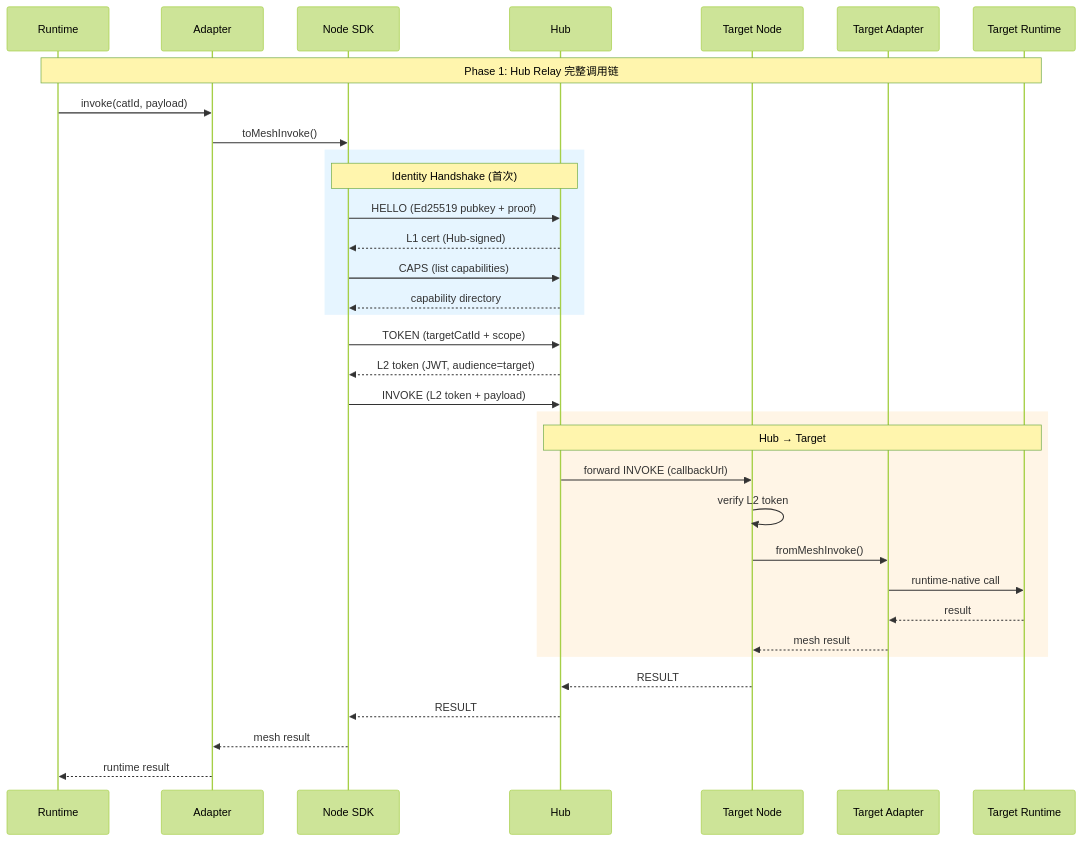
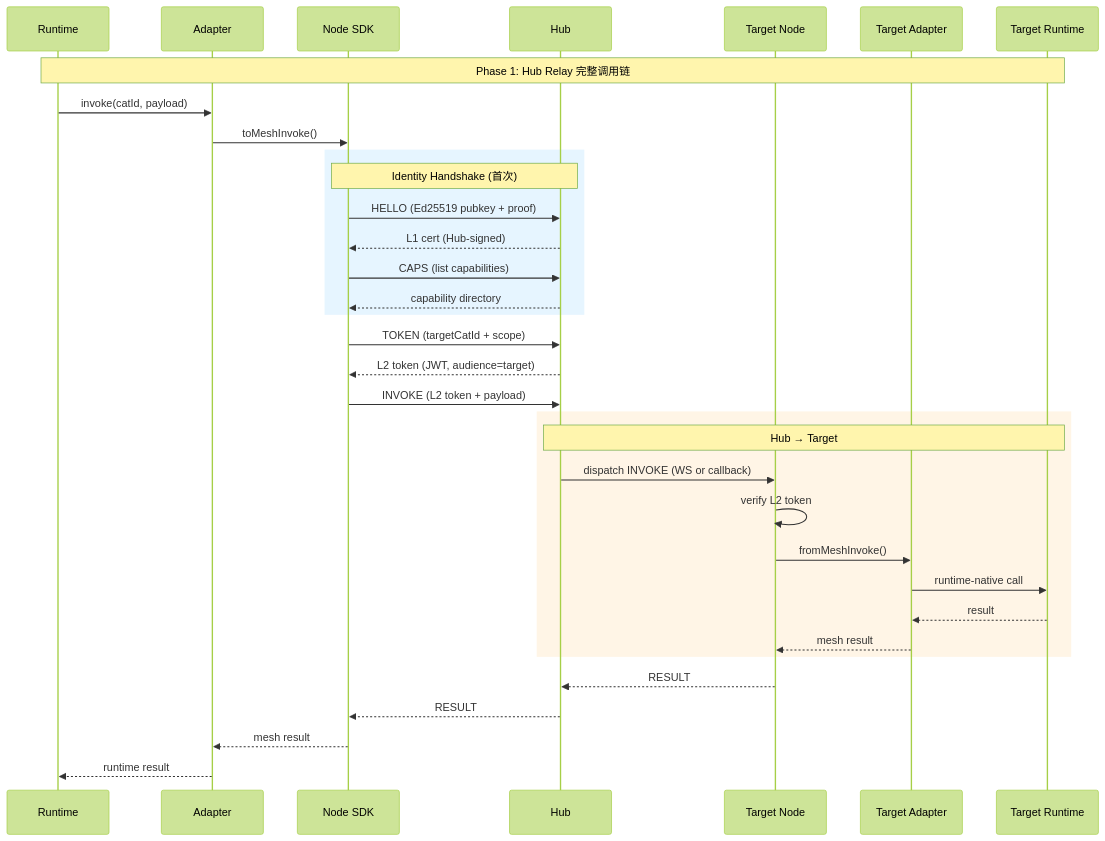
One commit to xu75/agent-mesh-doc changed the fourth of 4 diagrams in docs/ARCHITECTURE.md. Above: the diagram before and after it, drawn with Mermaid (forest theme). The commit also changed other lines of this file and 4 other files, not shown here.

````diff
--- a/docs/ARCHITECTURE.md
+++ b/docs/ARCHITECTURE.md
@@ -268,42 +268,42 @@
 ```mermaid
 sequenceDiagram
     participant RT as Runtime
     participant AD as Adapter
     participant ND as Node SDK
     participant HB as Hub
     participant ND2 as Target Node
     participant AD2 as Target Adapter
     participant RT2 as Target Runtime
 
     Note over RT,RT2: Phase 1: Hub Relay 完整调用链
 
     RT->>AD: invoke(catId, payload)
     AD->>ND: toMeshInvoke()
 
     rect rgb(230,245,255)
         Note over ND,HB: Identity Handshake (首次)
         ND->>HB: HELLO (Ed25519 pubkey + proof)
         HB-->>ND: L1 cert (Hub-signed)
         ND->>HB: CAPS (list capabilities)
         HB-->>ND: capability directory
     end
 
     ND->>HB: TOKEN (targetCatId + scope)
     HB-->>ND: L2 token (JWT, audience=target)
     ND->>HB: INVOKE (L2 token + payload)
 
     rect rgb(255,245,230)
         Note over HB,RT2: Hub → Target
-        HB->>ND2: forward INVOKE (callbackUrl)
+        HB->>ND2: dispatch INVOKE (WS or callback)
         ND2->>ND2: verify L2 token
         ND2->>AD2: fromMeshInvoke()
         AD2->>RT2: runtime-native call
         RT2-->>AD2: result
         AD2-->>ND2: mesh result
     end
 
     ND2-->>HB: RESULT
     HB-->>ND: RESULT
     ND-->>AD: mesh result
     AD-->>RT: runtime result
 ```
````
